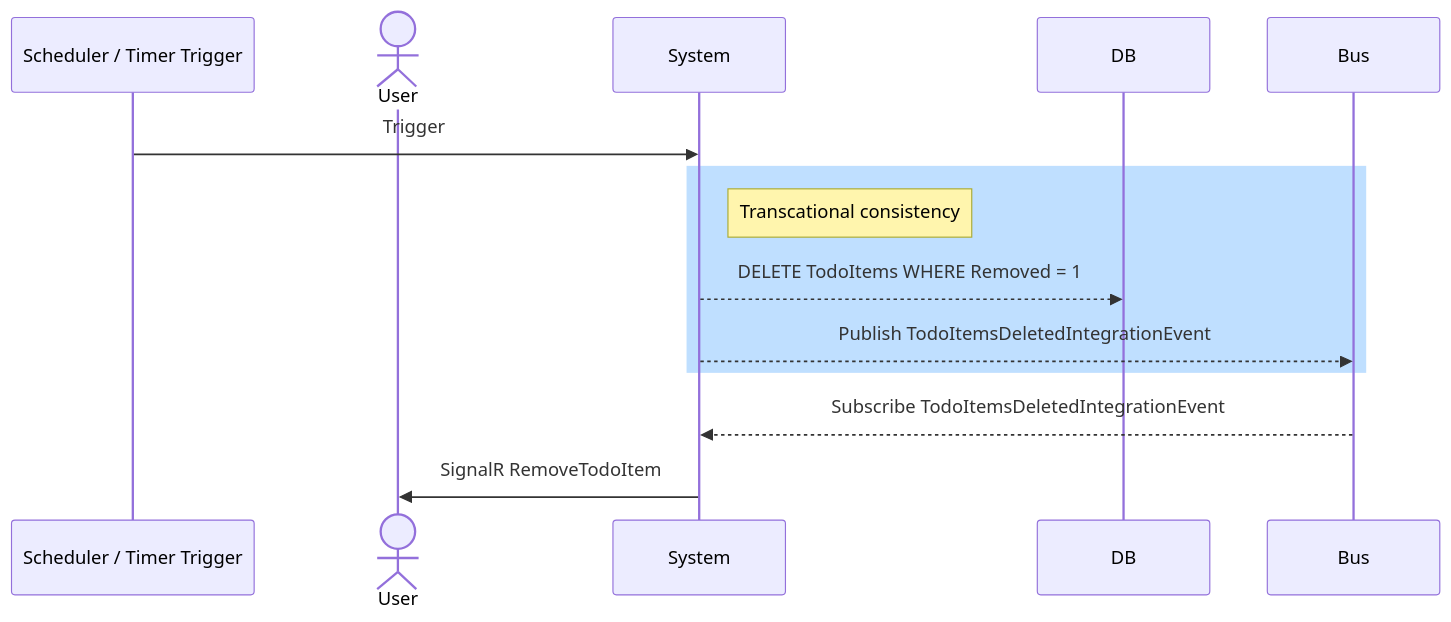
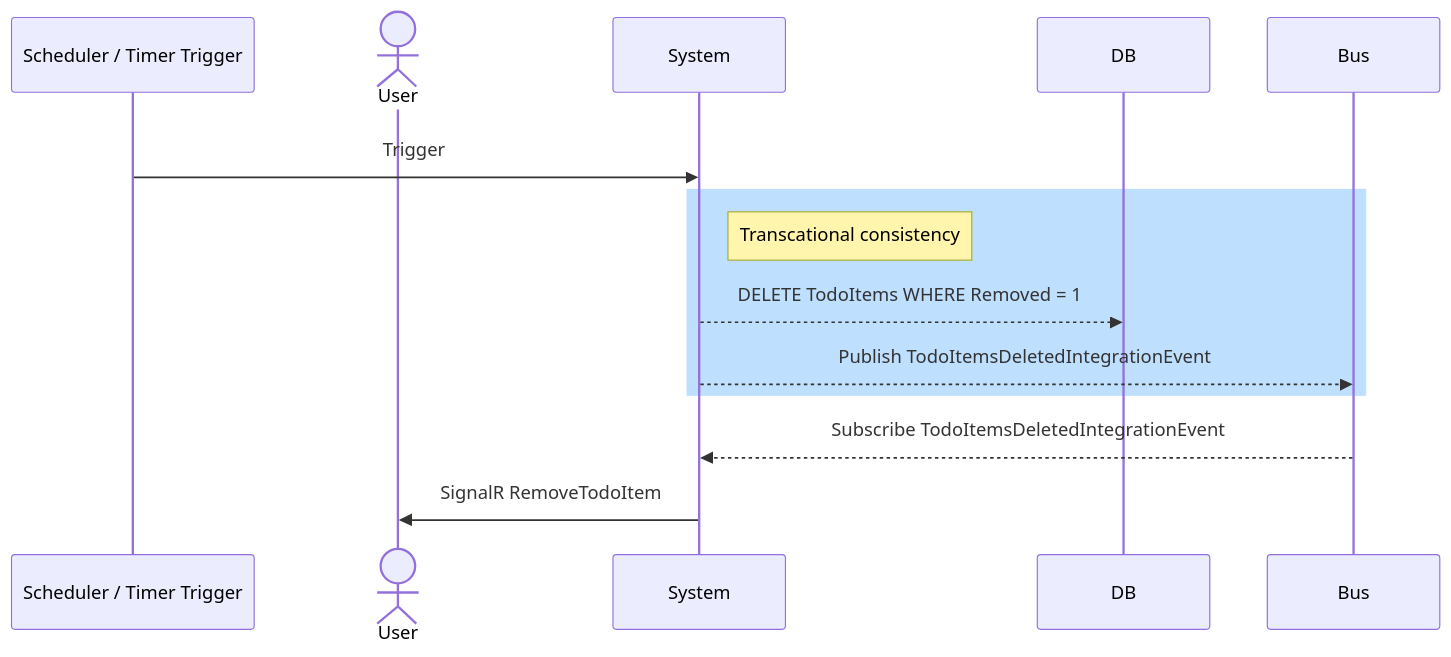
One commit to Cogax/ScsTemplate changed the diagram in doc/UC_DeleteRemovedTodoItems.mmd. Above: the diagram before and after it, drawn with Mermaid. The commit also changed 5 other files, not shown here.

```diff
--- a/doc/UC_DeleteRemovedTodoItems.mmd
+++ b/doc/UC_DeleteRemovedTodoItems.mmd
@@ -1,14 +1,16 @@
 sequenceDiagram
+    rect rgb(255, 255, 255)
     participant TimerTrigger as Scheduler / Timer Trigger
     actor User
     participant System
     participant DB
     participant Bus
     TimerTrigger->>System: Trigger
     rect rgb(191, 223, 255)
     note right of System: Transcational consistency
     System-->>DB: DELETE TodoItems WHERE Removed = 1
     System-->>Bus: Publish TodoItemsDeletedIntegrationEvent
     end
     Bus-->>System: Subscribe TodoItemsDeletedIntegrationEvent
     System->>User: SignalR RemoveTodoItem
+    end
```
